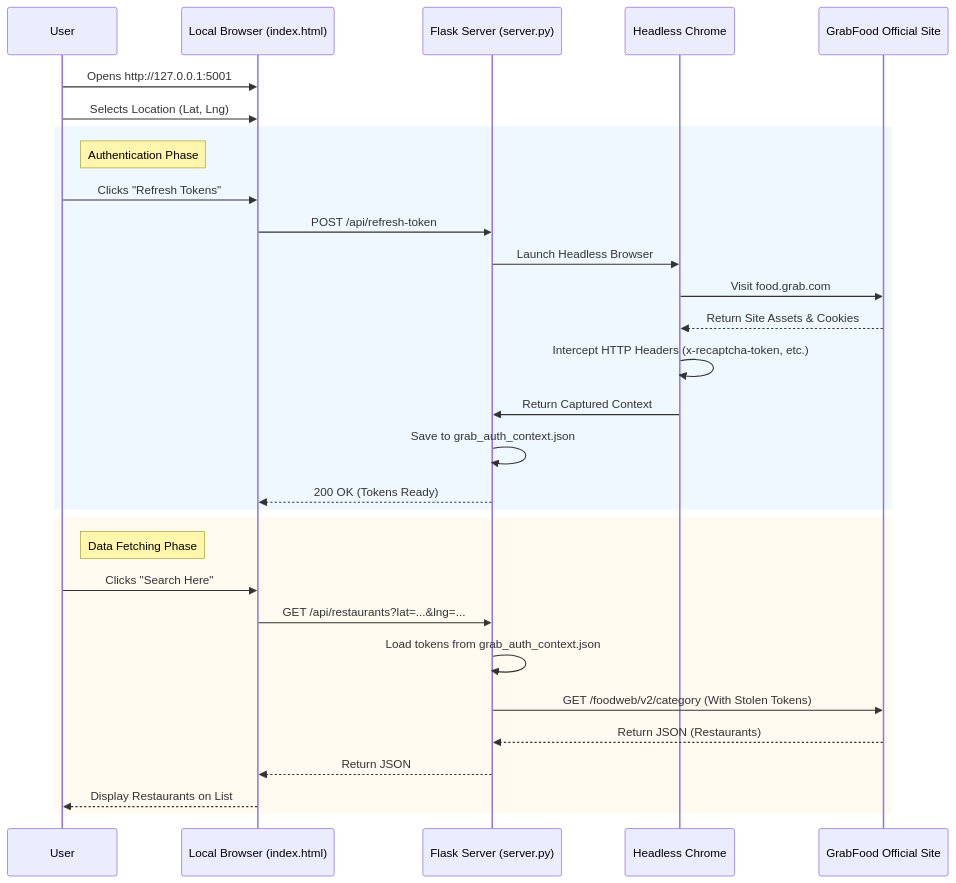
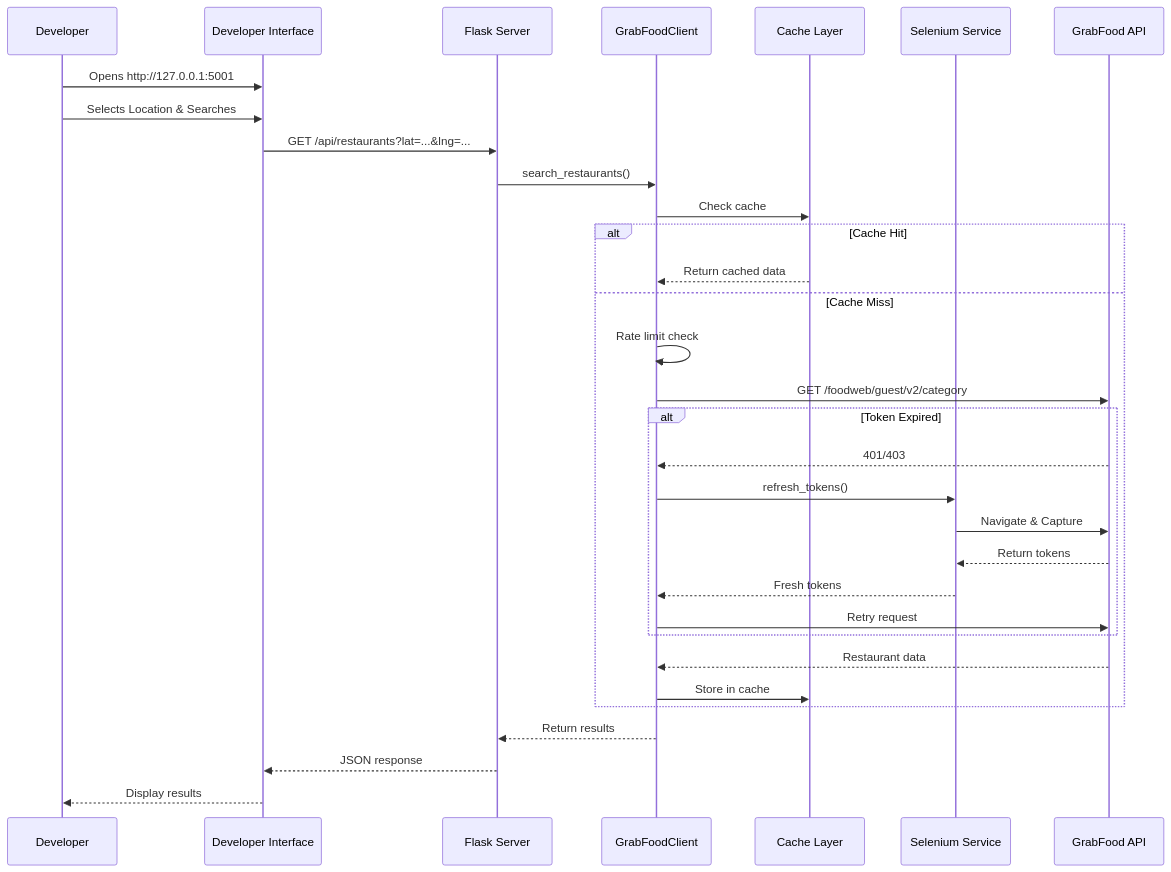
The diagram in README.md (lightyoruichi/grabfood-api), drawn with Mermaid before and after one commit. The commit also changed other lines of this file and 1 other file, not shown here.

First line of the commit message:
Refactor: Enhance UI and API functionality

````diff
--- a/README.md
+++ b/README.md
@@ -122,35 +200,38 @@
 ```mermaid
 sequenceDiagram
-    participant User
-    participant Browser as Local Browser (index.html)
-    participant Server as Flask Server (server.py)
-    participant Selenium as Headless Chrome
-    participant Grab as GrabFood Official Site
+    participant Dev as Developer
+    participant UI as Developer Interface
+    participant Server as Flask Server
+    participant Client as GrabFoodClient
+    participant Cache as Cache Layer
+    participant Selenium as Selenium Service
+    participant Grab as GrabFood API
 
-    User->>Browser: Opens http://127.0.0.1:5001
-    User->>Browser: Selects Location (Lat, Lng)
+    Dev->>UI: Opens http://127.0.0.1:5001
+    Dev->>UI: Selects Location & Searches
     
-    rect rgb(240, 248, 255)
-    note right of User: Authentication Phase
-    User->>Browser: Clicks "Refresh Tokens"
-    Browser->>Server: POST /api/refresh-token
-    Server->>Selenium: Launch Headless Browser
-    Selenium->>Grab: Visit food.grab.com
-    Grab-->>Selenium: Return Site Assets & Cookies
-    Selenium->>Selenium: Intercept HTTP Headers (x-recaptcha-token, etc.)
-    Selenium->>Server: Return Captured Context
-    Server->>Server: Save to grab_auth_context.json
-    Server-->>Browser: 200 OK (Tokens Ready)
+    UI->>Server: GET /api/restaurants?lat=...&lng=...
+    Server->>Client: search_restaurants()
+    
+    Client->>Cache: Check cache
+    alt Cache Hit
+        Cache-->>Client: Return cached data
+    else Cache Miss
+        Client->>Client: Rate limit check
+        Client->>Grab: GET /foodweb/guest/v2/category
+        alt Token Expired
+            Grab-->>Client: 401/403
+            Client->>Selenium: refresh_tokens()
+            Selenium->>Grab: Navigate & Capture
+            Grab-->>Selenium: Return tokens
+            Selenium-->>Client: Fresh tokens
+            Client->>Grab: Retry request
+        end
+        Grab-->>Client: Restaurant data
+        Client->>Cache: Store in cache
     end
-
-    rect rgb(255, 250, 240)
-    note right of User: Data Fetching Phase
-    User->>Browser: Clicks "Search Here"
-    Browser->>Server: GET /api/restaurants?lat=...&lng=...
-    Server->>Server: Load tokens from grab_auth_context.json
-    Server->>Grab: GET /foodweb/v2/category (With Stolen Tokens)
-    Grab-->>Server: Return JSON (Restaurants)
-    Server-->>Browser: Return JSON
-    Browser-->>User: Display Restaurants on List
-    end
+    
+    Client-->>Server: Return results
+    Server-->>UI: JSON response
+    UI-->>Dev: Display results
 ```
````
